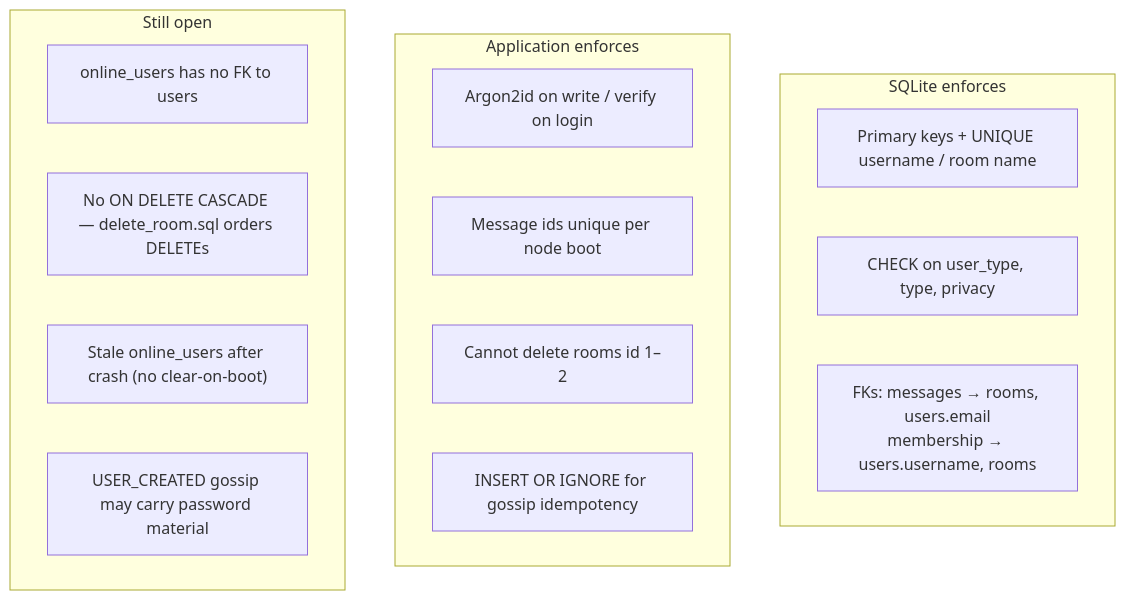
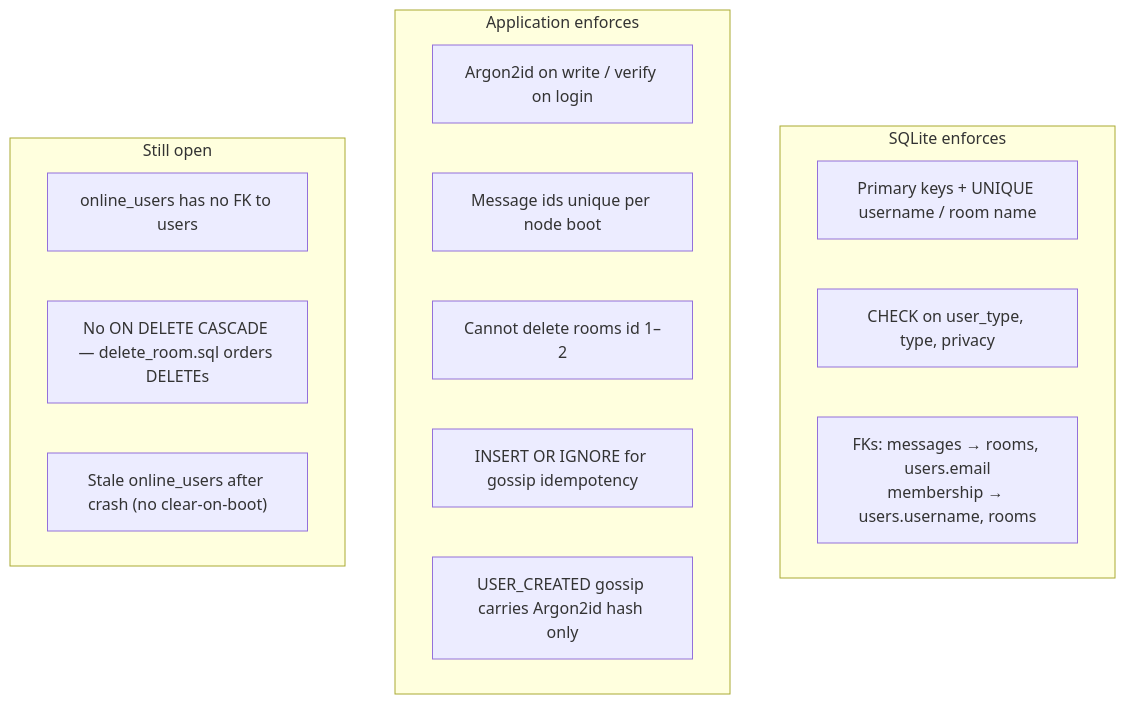
Before and after one commit to OmriSpitzer/Distributed-Chat-Server: the ninth of 9 diagrams in database.md, drawn with Mermaid. The commit also changed other lines of this file and 14 other files, not shown here.

````diff
--- a/database.md
+++ b/database.md
@@ -433,22 +433,22 @@
 ```mermaid
 flowchart TB
   subgraph Enforced["SQLite enforces"]
     PK["Primary keys + UNIQUE username / room name"]
     CK["CHECK on user_type, type, privacy"]
     FK["FKs: messages → rooms, users.email<br/>membership → users.username, rooms"]
   end
 
   subgraph App["Application enforces"]
     HASH["Argon2id on write / verify on login"]
     MID["Message ids unique per node boot"]
     SEED["Cannot delete rooms id 1–2"]
     IGN["INSERT OR IGNORE for gossip idempotency"]
+    GossipHash["USER_CREATED gossip carries Argon2id hash only"]
   end
 
   subgraph Gaps["Still open"]
     OFK["online_users has no FK to users"]
     Casc["No ON DELETE CASCADE — delete_room.sql orders DELETEs"]
     Boot["Stale online_users after crash (no clear-on-boot)"]
-    Hash["USER_CREATED gossip may carry password material"]
   end
 ```
````
